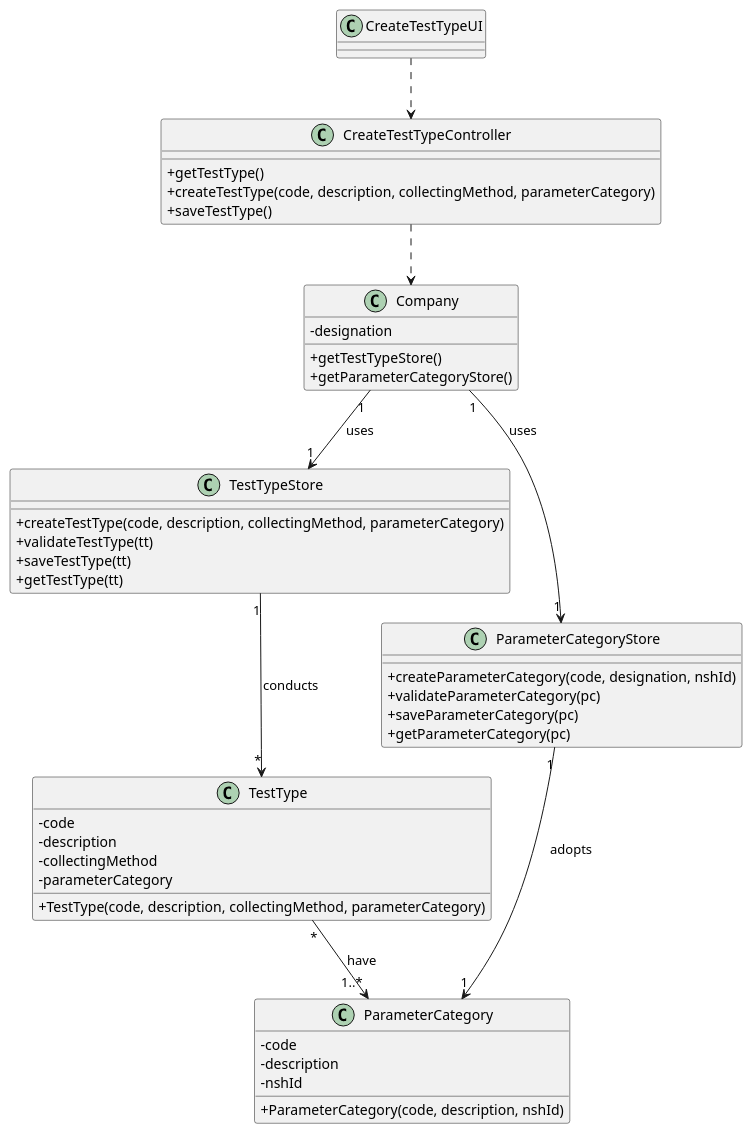
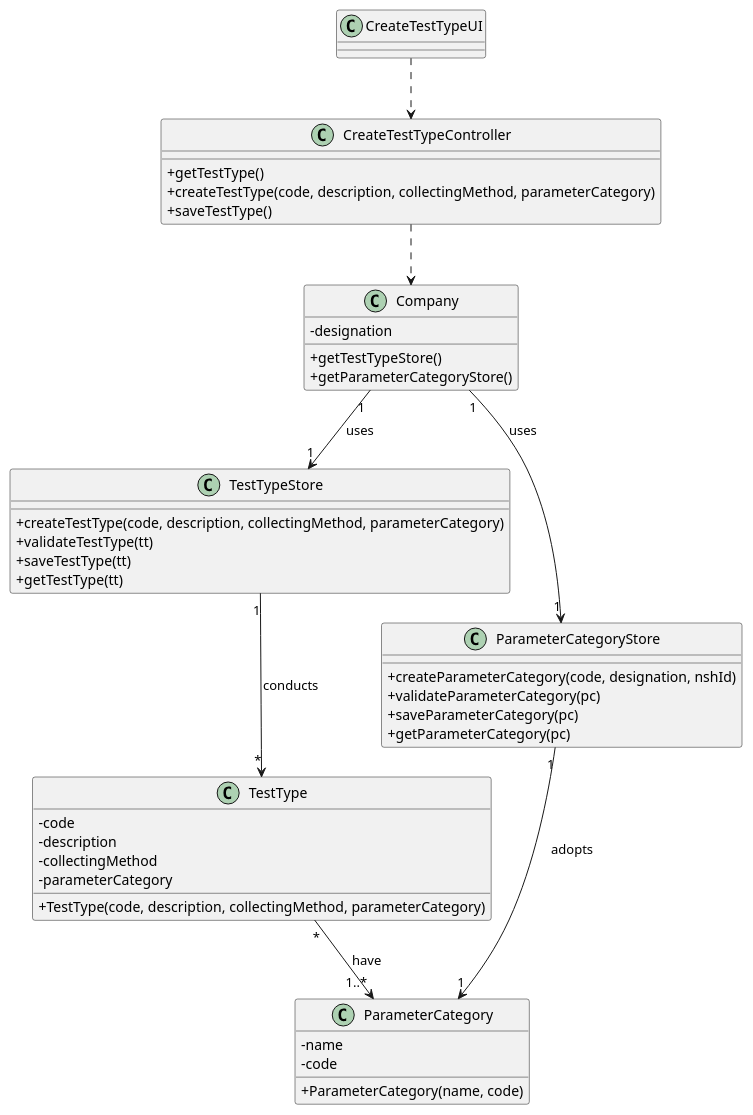
One commit to RuiRioPina/LAPR2-20-21 changed the diagram in docs/SprintB/US_9/UC9_CD.puml. Above: the diagram before and after it, drawn with PlantUML. The commit also changed 3 other files, not shown here.

```diff
--- a/docs/SprintB/US_9/UC9_CD.puml
+++ b/docs/SprintB/US_9/UC9_CD.puml
@@ -1,56 +1,55 @@
 @startuml
 skinparam classAttributeIconSize 0
 
 class Company
 {
   -designation
   +getTestTypeStore()
   +getParameterCategoryStore()
 }
 
 class TestTypeStore {
   +createTestType(code, description, collectingMethod, parameterCategory)
   +validateTestType(tt)
   +saveTestType(tt)
   +getTestType(tt)
 }
 
 class ParameterCategoryStore {
   +createParameterCategory(code, designation, nshId)
   +validateParameterCategory(pc)
   +saveParameterCategory(pc)
   +getParameterCategory(pc)
 }
 
 class TestType {
   -code
   -description
   -collectingMethod
   -parameterCategory
   +TestType(code, description, collectingMethod, parameterCategory)
 }
 
 class ParameterCategory {
+  -name
   -code
-  -description
-  -nshId
-  +ParameterCategory(code, description, nshId)
+  +ParameterCategory(name, code)
 }
 
 class CreateTestTypeUI {
 }
 
 class CreateTestTypeController {
   +getTestType()
   +createTestType(code, description, collectingMethod, parameterCategory)
   +saveTestType()
 }
 
 CreateTestTypeUI ..> CreateTestTypeController
 CreateTestTypeController ..> Company
 Company "1" --> "1" TestTypeStore : uses
 Company "1" --> "1" ParameterCategoryStore : uses
 TestTypeStore "1" --> "*" TestType : conducts
 ParameterCategoryStore "1" --> "1" ParameterCategory : adopts
 TestType "*" --> "1..*" ParameterCategory : have
 @enduml
```
